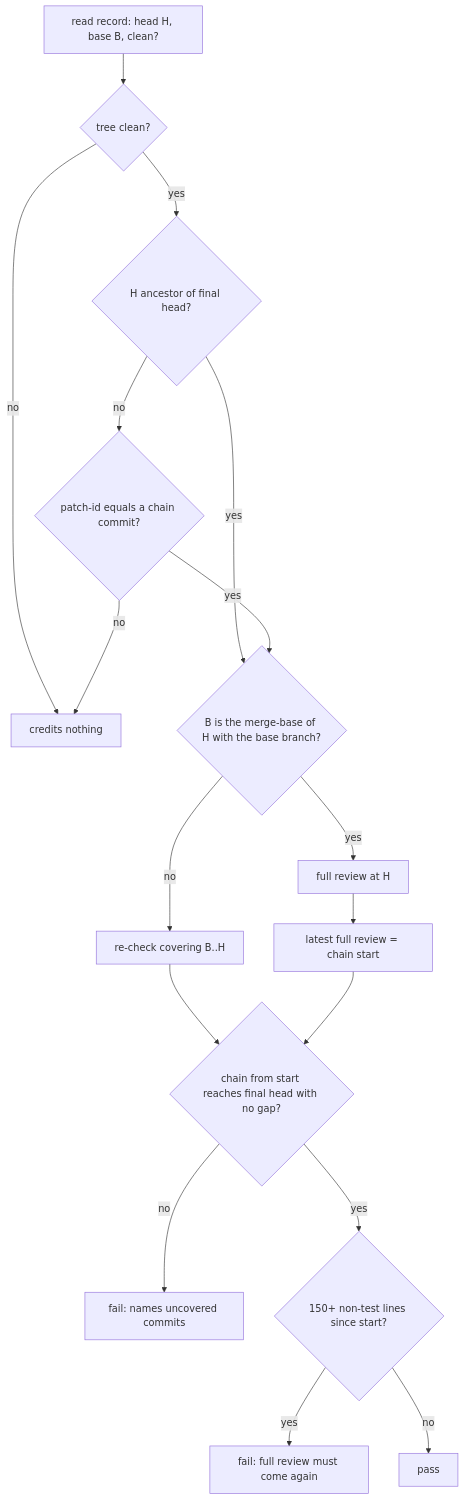
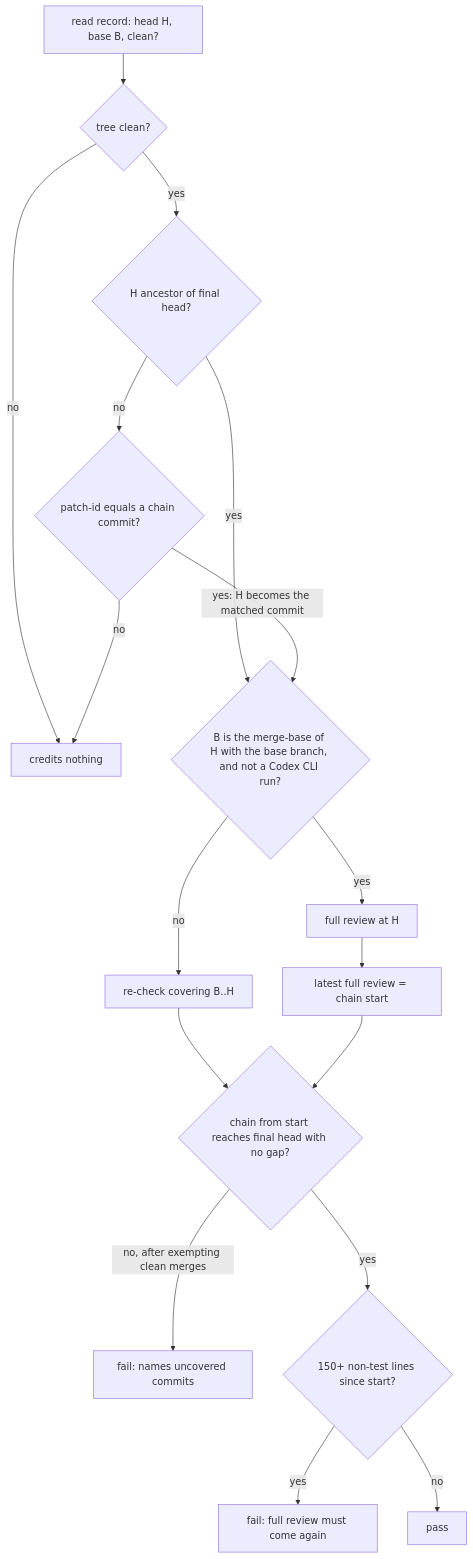
One commit to kodhama/grove changed the second of 2 diagrams in docs/plans/2026-11-08-kod-44-merge-gate-plan.md. Above: the diagram before and after it, drawn with Mermaid. The commit also changed other lines of this file, not shown here.

````diff
--- a/docs/plans/2026-11-08-kod-44-merge-gate-plan.md
+++ b/docs/plans/2026-11-08-kod-44-merge-gate-plan.md
@@ -141,19 +141,19 @@
 ```mermaid
 flowchart TB
   R[read record: head H, base B, clean?] --> D{tree clean?}
   D -->|no| X[credits nothing]
   D -->|yes| A{H ancestor of final head?}
-  A -->|yes| F{B is the merge-base of H with the base branch?}
+  A -->|yes| F{B is the merge-base of H with the base branch, and not a Codex CLI run?}
   A -->|no| P{patch-id equals a chain commit?}
   P -->|no| X
-  P -->|yes| F
+  P -->|yes: H becomes the matched commit| F
   F -->|yes| FULL[full review at H]
   F -->|no| RC[re-check covering B..H]
   FULL --> L[latest full review = chain start]
   RC --> CH{chain from start reaches final head with no gap?}
   L --> CH
-  CH -->|no| FAIL[fail: names uncovered commits]
+  CH -->|no, after exempting clean merges| FAIL[fail: names uncovered commits]
   CH -->|yes| N{150+ non-test lines since start?}
   N -->|yes| FAIL2[fail: full review must come again]
   N -->|no| PASS[pass]
 ```
````
